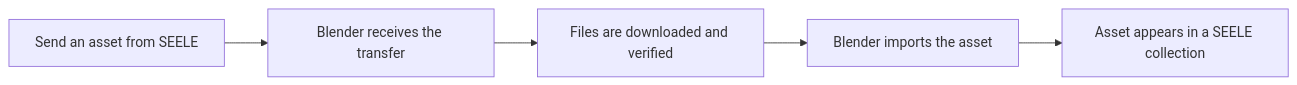
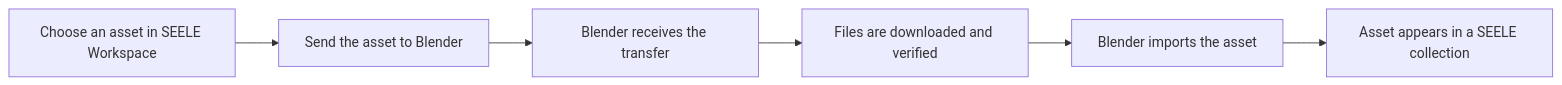
The diagram in README.md (SeeleAI/SEELE-Blender-Add-on), drawn with Mermaid before and after one commit. The commit also changed other lines of this file, not shown here.

````diff
--- a/README.md
+++ b/README.md
@@ -54,10 +69,11 @@
 ```mermaid
 flowchart LR
-    A["Send an asset from SEELE"]
-    B["Blender receives the transfer"]
-    C["Files are downloaded and verified"]
-    D["Blender imports the asset"]
-    E["Asset appears in a SEELE collection"]
+    A["Choose an asset in SEELE Workspace"]
+    B["Send the asset to Blender"]
+    C["Blender receives the transfer"]
+    D["Files are downloaded and verified"]
+    E["Blender imports the asset"]
+    F["Asset appears in a SEELE collection"]
 
-    A --> B --> C --> D --> E
+    A --> B --> C --> D --> E --> F
 ```
````
